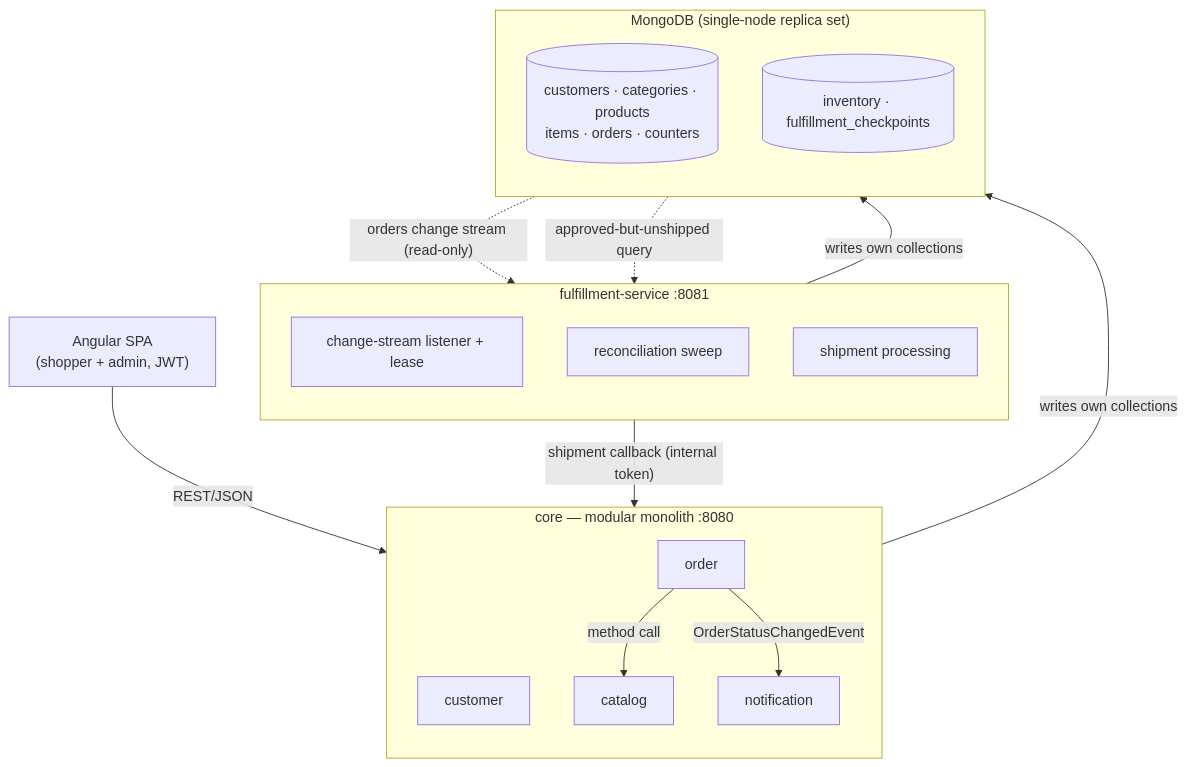
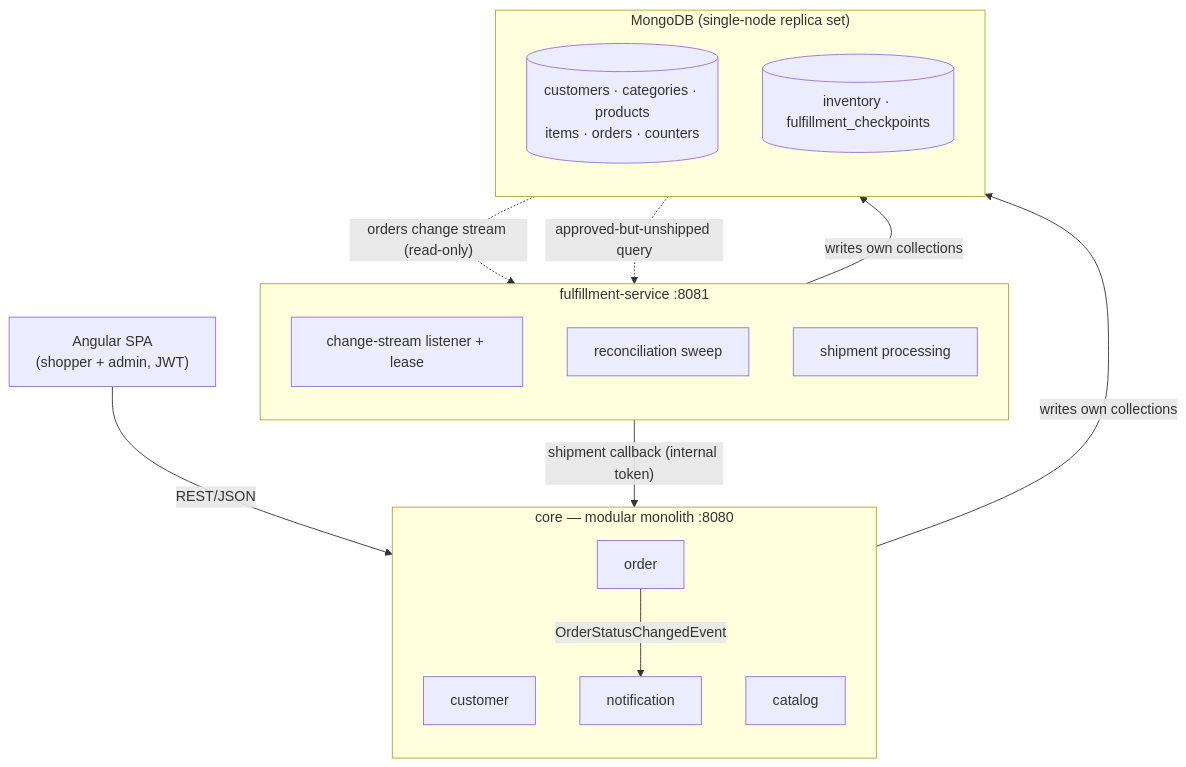
The diagram in README.md (bonyjohn/petstoremodern), drawn with Mermaid before and after one commit. The commit also changed other lines of this file, not shown here.

Commit message:
updated arch diagram

````diff
--- a/README.md
+++ b/README.md
@@ -7,34 +7,33 @@
 ```mermaid
 flowchart TB
     SPA["Angular SPA<br/>(shopper + admin, JWT)"]
 
     subgraph CORE["core — modular monolith :8080"]
         direction TB
         customer["customer"]
         catalog["catalog"]
         order["order"]
         notification["notification"]
-        order -- "method call" --> catalog
         order -- "OrderStatusChangedEvent" --> notification
     end
 
     subgraph FUL["fulfillment-service :8081"]
         direction TB
         listener["change-stream listener + lease"]
         sweep["reconciliation sweep"]
         shipment["shipment processing"]
     end
 
     subgraph MONGO["MongoDB (single-node replica set)"]
         direction TB
         coredata[("customers · categories · products<br/>items · orders · counters")]
         fuldata[("inventory · fulfillment_checkpoints")]
     end
 
     SPA -- "REST/JSON" --> CORE
     CORE -- "writes own collections" --> coredata
     FUL -- "writes own collections" --> fuldata
     coredata -. "orders change stream (read-only)" .-> listener
     coredata -. "approved-but-unshipped query" .-> sweep
     shipment -- "shipment callback (internal token)" --> order
 ```
````
